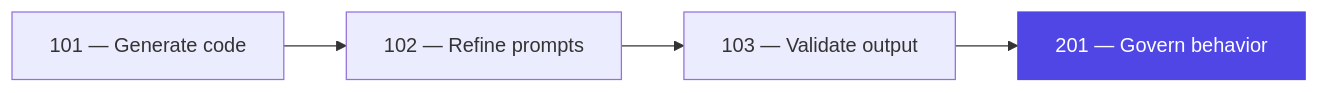
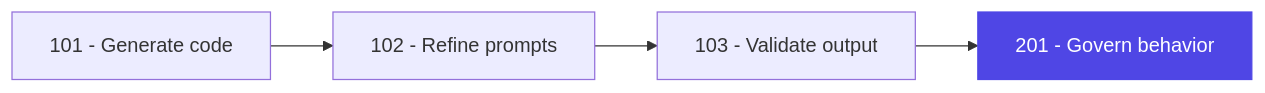
Before and after one commit to juangcarmona/github_copilot_000_hub: the diagram in slides/pages/201/governance-maturity-bridge.md, drawn with Mermaid. The commit also changed other lines of this file and 201 other files, not shown here.

````diff
--- a/slides/pages/201/governance-maturity-bridge.md
+++ b/slides/pages/201/governance-maturity-bridge.md
@@ -8,7 +8,7 @@
 ```mermaid
 graph LR
-    A[101 — Generate code] --> B[102 — Refine prompts]
-    B --> C[103 — Validate output]
-    C --> D[201 — Govern behavior]
+    A[101 - Generate code] --> B[102 - Refine prompts]
+    B --> C[103 - Validate output]
+    C --> D[201 - Govern behavior]
     style D fill:#4f46e5,color:#fff,stroke:#4f46e5
 ```
````
